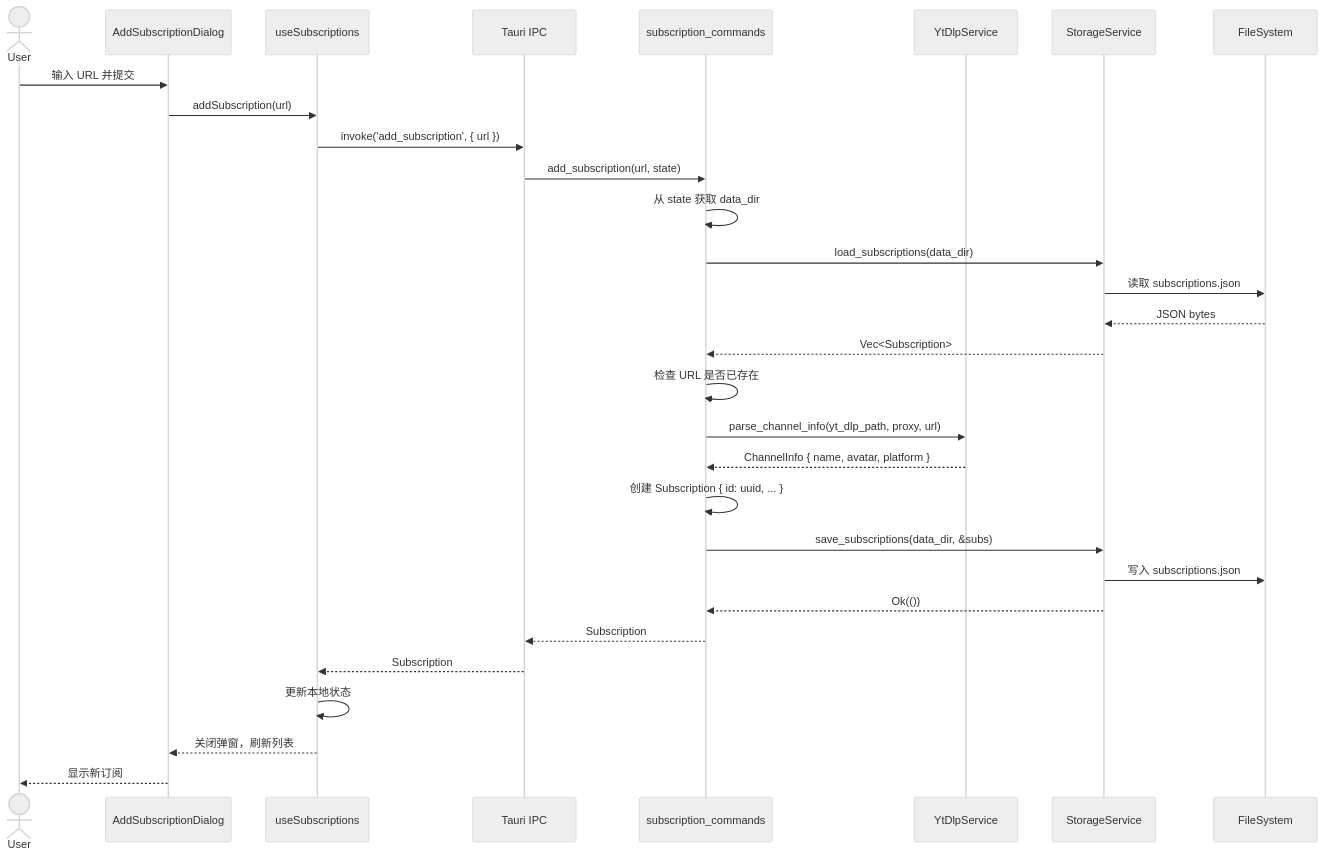
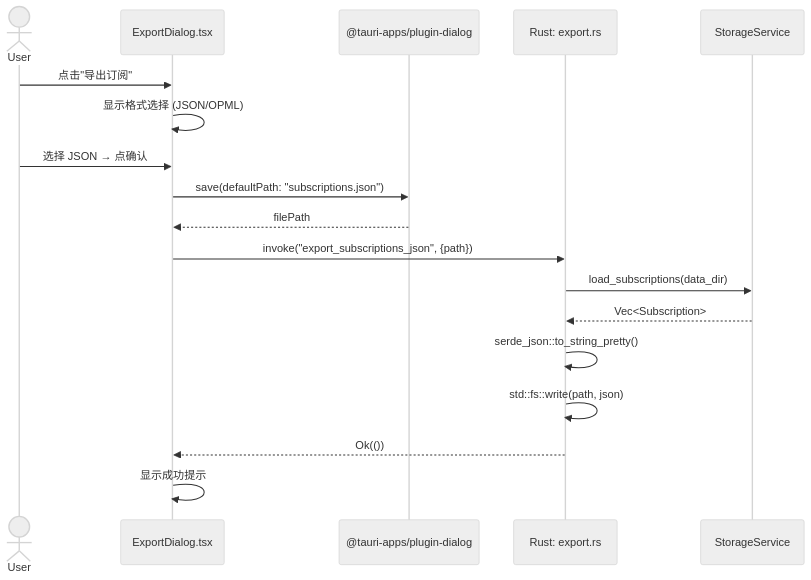
One commit to yysfire/yt-dlp-gui changed the second of 7 diagrams in docs/system_design.md. Above: the diagram before and after it, drawn with Mermaid (neutral theme). The commit also changed other lines of this file and 27 other files, not shown here.

````diff
--- a/docs/system_design.md
+++ b/docs/system_design.md
@@ -456,33 +220,21 @@
 ```mermaid
 sequenceDiagram
     actor User
-    participant Dialog as AddSubscriptionDialog
-    participant Hook as useSubscriptions
-    participant Tauri as Tauri IPC
-    participant Cmd as subscription_commands
-    participant YtDlp as YtDlpService
+    participant ExportDialog as ExportDialog.tsx
+    participant Dialog as @tauri-apps/plugin-dialog
+    participant Tauri as Rust: export.rs
     participant Storage as StorageService
-    participant FS as FileSystem
 
-    User->>Dialog: 输入 URL 并提交
-    Dialog->>Hook: addSubscription(url)
-    Hook->>Tauri: invoke('add_subscription', { url })
-    Tauri->>Cmd: add_subscription(url, state)
-    Cmd->>Cmd: 从 state 获取 data_dir
-    Cmd->>Storage: load_subscriptions(data_dir)
-    Storage->>FS: 读取 subscriptions.json
-    FS-->>Storage: JSON bytes
-    Storage-->>Cmd: Vec<Subscription>
-    Cmd->>Cmd: 检查 URL 是否已存在
-    Cmd->>YtDlp: parse_channel_info(yt_dlp_path, proxy, url)
-    YtDlp-->>Cmd: ChannelInfo { name, avatar, platform }
-    Cmd->>Cmd: 创建 Subscription { id: uuid, ... }
-    Cmd->>Storage: save_subscriptions(data_dir, &subs)
-    Storage->>FS: 写入 subscriptions.json
-    Storage-->>Cmd: Ok(())
-    Cmd-->>Tauri: Subscription
-    Tauri-->>Hook: Subscription
-    Hook->>Hook: 更新本地状态
-    Hook-->>Dialog: 关闭弹窗，刷新列表
-    Dialog-->>User: 显示新订阅
+    User->>ExportDialog: 点击"导出订阅"
+    ExportDialog->>ExportDialog: 显示格式选择 (JSON/OPML)
+    User->>ExportDialog: 选择 JSON → 点确认
+    ExportDialog->>Dialog: save(defaultPath: "subscriptions.json")
+    Dialog-->>ExportDialog: filePath
+    ExportDialog->>Tauri: invoke("export_subscriptions_json", {path})
+    Tauri->>Storage: load_subscriptions(data_dir)
+    Storage-->>Tauri: Vec<Subscription>
+    Tauri->>Tauri: serde_json::to_string_pretty()
+    Tauri->>Tauri: std::fs::write(path, json)
+    Tauri-->>ExportDialog: Ok(())
+    ExportDialog->>ExportDialog: 显示成功提示
 ```
````
